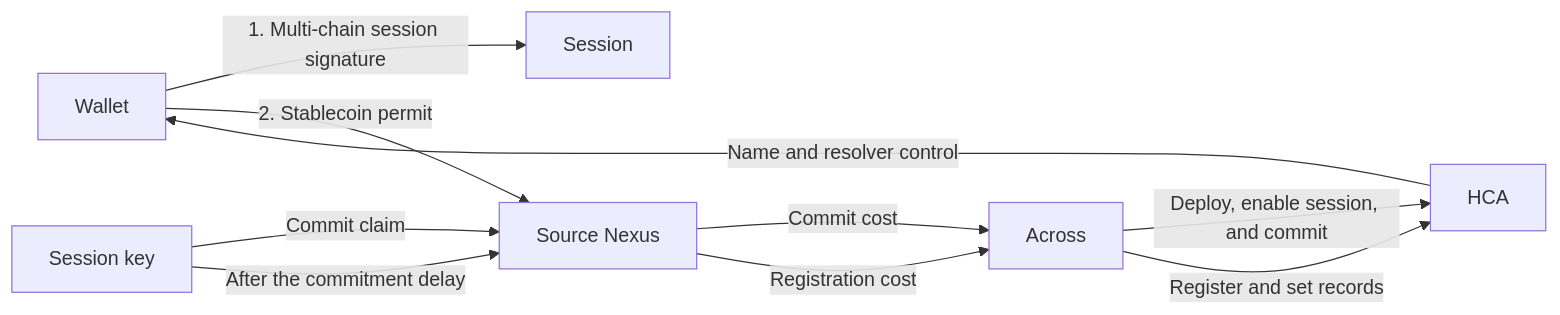
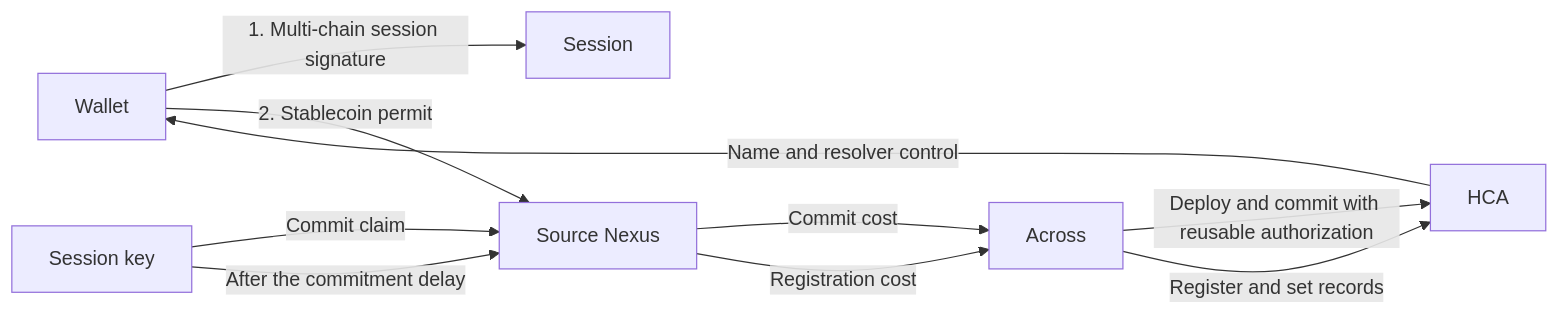
One commit to ensdomains/contracts-v2 changed the diagram in docs/HCA.md. Above: the diagram before and after it, drawn with Mermaid. The commit also changed other lines of this file and 22 other files, not shown here.

````diff
--- a/docs/HCA.md
+++ b/docs/HCA.md
@@ -167,12 +185,12 @@
 ```mermaid
 flowchart LR
     wallet["Wallet"] -->|"1. Multi-chain session signature"| session["Session"]
     wallet -->|"2. Stablecoin permit"| nexus["Source Nexus"]
     sessionKey["Session key"] -->|"Commit claim"| nexus
     nexus -->|"Commit cost"| across["Across"]
-    across -->|"Deploy, enable session, and commit"| hca["HCA"]
+    across -->|"Deploy and commit with reusable authorization"| hca["HCA"]
     sessionKey -->|"After the commitment delay"| nexus
     nexus -->|"Registration cost"| across
     across -->|"Register and set records"| hca
     hca -->|"Name and resolver control"| wallet
 ```
````
